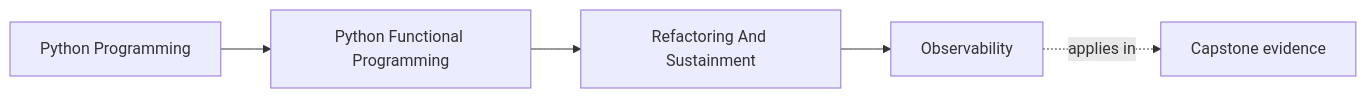
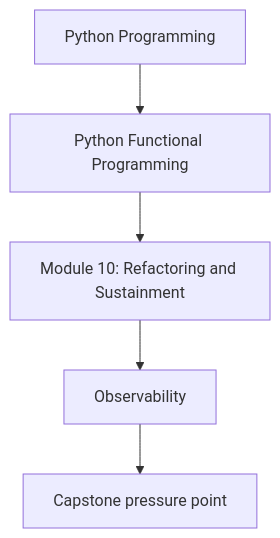
One commit to bijux/bijux-masterclass changed the first of 2 diagrams in programs/python-programming/python-functional-programming/course-book/module-10-refactoring-and-sustainment/observability.md. Above: the diagram before and after it, drawn with Mermaid. The commit also changed other lines of this file and 118 other files, not shown here.

Commit message:
docs(python-functional-programming): align concept page diagrams

````diff
--- a/programs/python-programming/python-functional-programming/course-book/module-10-refactoring-and-sustainment/observability.md
+++ b/programs/python-programming/python-functional-programming/course-book/module-10-refactoring-and-sustainment/observability.md
@@ -7,11 +7,7 @@
 ```mermaid
-graph LR
-  family["Python Programming"]
-  program["Python Functional Programming"]
-  section["Refactoring And Sustainment"]
-  page["Observability"]
-  capstone["Capstone evidence"]
-
-  family --> program --> section --> page
-  page -.applies in.-> capstone
+flowchart TD
+  family["Python Programming"] --> program["Python Functional Programming"]
+  program --> module["Module 10: Refactoring and Sustainment"]
+  module --> concept["Observability"]
+  concept --> capstone["Capstone pressure point"]
 ```
````
